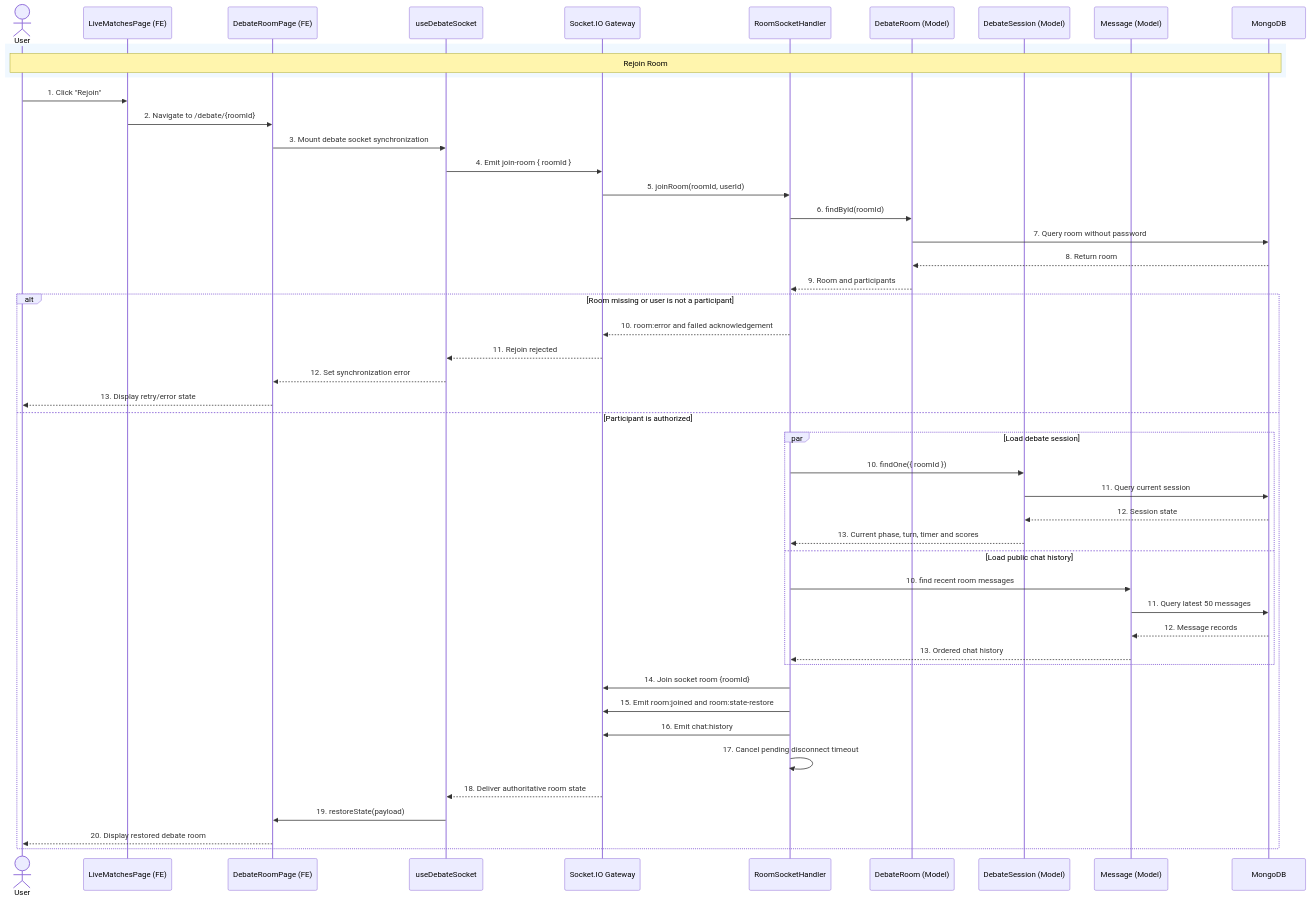
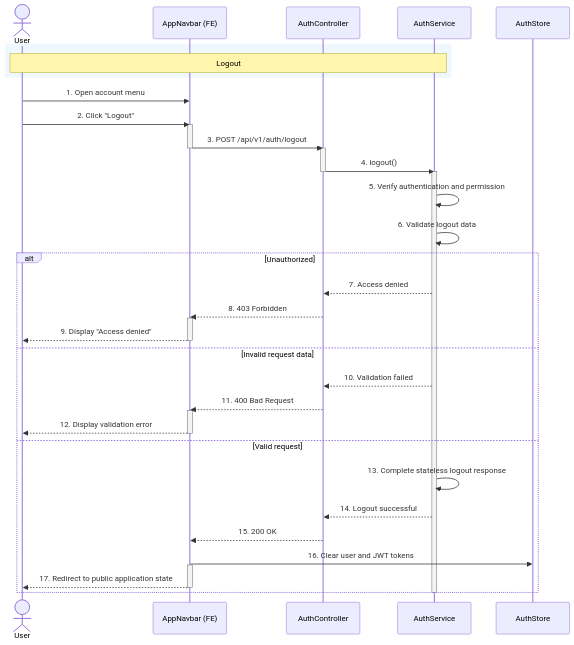
Diagram 16 of 60 in docs/19_Detailed_Design.md (SUMMER2026SE/wdp301-rbl-project-wdp_se18d08_group-5), drawn with Mermaid before and after one commit. The commit also changed other lines of this file, not shown here.

````diff
--- a/docs/19_Detailed_Design.md
+++ b/docs/19_Detailed_Design.md
@@ -937,55 +1090,53 @@
 ```mermaid
 sequenceDiagram
-    actor User
-    participant Matches as LiveMatchesPage (FE)
-    participant Debate as DebateRoomPage (FE)
-    participant Hook as useDebateSocket
-    participant Socket as Socket.IO Gateway
-    participant Handler as RoomSocketHandler
-    participant Room as DebateRoom (Model)
-    participant Session as DebateSession (Model)
-    participant Message as Message (Model)
-    participant DB as MongoDB
+    actor A as User
+    participant FE as AppNavbar (FE)
+    participant Ctrl as AuthController
+    participant Svc as AuthService
+    participant Store as AuthStore
 
     rect rgb(240,248,255)
-    Note over User,DB: Rejoin Room
+        Note over A,Svc: Logout
     end
 
-    User->>Matches: 1. Click "Rejoin"
-    Matches->>Debate: 2. Navigate to /debate/{roomId}
-    Debate->>Hook: 3. Mount debate socket synchronization
-    Hook->>Socket: 4. Emit join-room { roomId }
-    Socket->>Handler: 5. joinRoom(roomId, userId)
+    A->>FE: 1. Open account menu
+    A->>FE: 2. Click "Logout"
 
-    Handler->>Room: 6. findById(roomId)
-    Room->>DB: 7. Query room without password
-    DB-->>Room: 8. Return room
-    Room-->>Handler: 9. Room and participants
+    activate FE
+    FE->>Ctrl: 3. POST /api/v1/auth/logout
+    deactivate FE
 
-    alt Room missing or user is not a participant
-        Handler-->>Socket: 10. room:error and failed acknowledgement
-        Socket-->>Hook: 11. Rejoin rejected
-        Hook-->>Debate: 12. Set synchronization error
-        Debate-->>User: 13. Display retry/error state
-    else Participant is authorized
-        par Load debate session
-            Handler->>Session: 10. findOne({ roomId })
-            Session->>DB: 11. Query current session
-            DB-->>Session: 12. Session state
-            Session-->>Handler: 13. Current phase, turn, timer and scores
-        and Load public chat history
-            Handler->>Message: 10. find recent room messages
-            Message->>DB: 11. Query latest 50 messages
-            DB-->>Message: 12. Message records
-            Message-->>Handler: 13. Ordered chat history
-        end
+    activate Ctrl
+    Ctrl->>Svc: 4. logout()
+    deactivate Ctrl
 
-        Handler->>Socket: 14. Join socket room {roomId}
-        Handler->>Socket: 15. Emit room:joined and room:state-restore
-        Handler->>Socket: 16. Emit chat:history
-        Handler->>Handler: 17. Cancel pending disconnect timeout
-        Socket-->>Hook: 18. Deliver authoritative room state
-        Hook->>Debate: 19. restoreState(payload)
-        Debate-->>User: 20. Display restored debate room
+    activate Svc
+    Svc->>Svc: 5. Verify authentication and permission
+    Svc->>Svc: 6. Validate logout data
+
+    alt Unauthorized
+        Svc-->>Ctrl: 7. Access denied
+        Ctrl-->>FE: 8. 403 Forbidden
+        activate FE
+        FE-->>A: 9. Display "Access denied"
+        deactivate FE
+
+    else Invalid request data
+        Svc-->>Ctrl: 10. Validation failed
+        Ctrl-->>FE: 11. 400 Bad Request
+        activate FE
+        FE-->>A: 12. Display validation error
+        deactivate FE
+
+    else Valid request
+        Svc->>Svc: 13. Complete stateless logout response
+        Svc-->>Ctrl: 14. Logout successful
+        Ctrl-->>FE: 15. 200 OK
+        FE->>Store: 16. Clear user and JWT tokens
+        activate FE
+        FE-->>A: 17. Redirect to public application state
+        deactivate FE
     end
+
+    deactivate Svc
 ```
````
